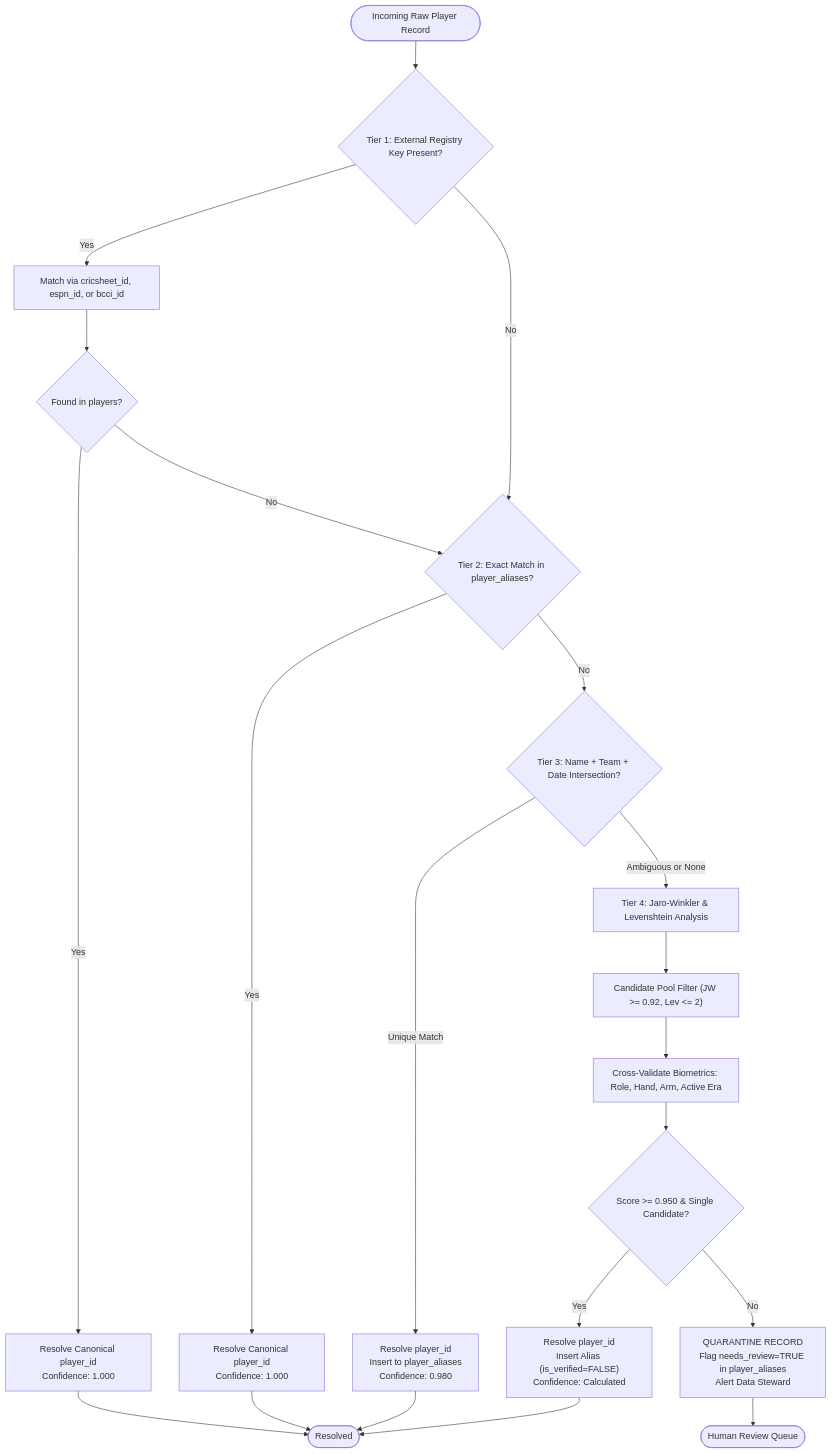
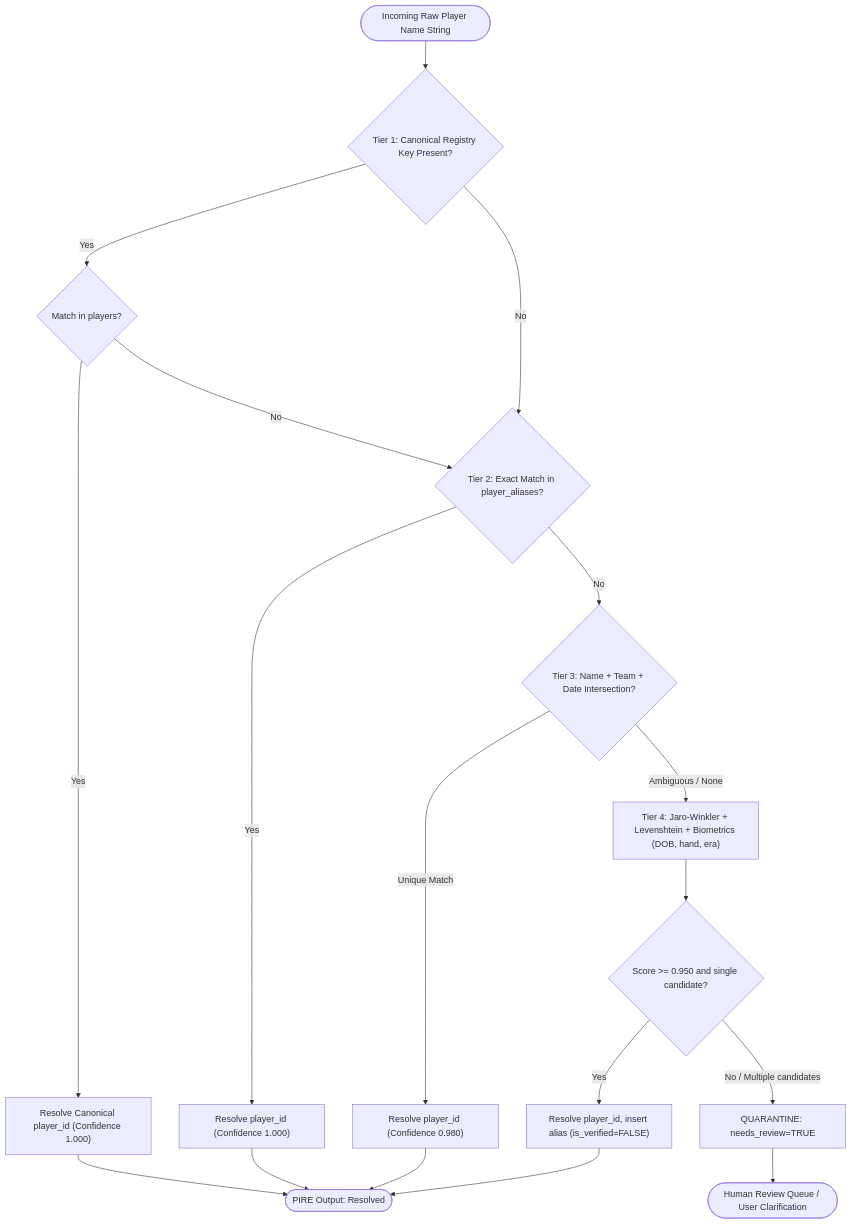
Before and after one commit to Subhadip-Paul2006/IPL_Team: the third of 10 diagrams in docs/ARCHITECTURE.md, drawn with Mermaid. The commit also changed other lines of this file and 7 other files, not shown here.

````diff
--- a/docs/ARCHITECTURE.md
+++ b/docs/ARCHITECTURE.md
@@ -286,23 +175,15 @@
 ```mermaid
 flowchart TD
-    Start(["Incoming Raw Player Record"]) --> T1_Check{"Tier 1: External Registry Key Present?"}
-    
-    T1_Check -- "Yes" --> T1_Lookup["Match via cricsheet_id, espn_id, or bcci_id"]
-    T1_Lookup --> T1_Match{"Found in players?"}
-    T1_Match -- "Yes" --> T1_Success["Resolve Canonical player_id<br/>Confidence: 1.000"] --> Done(["Resolved"])
-    T1_Match -- "No" --> T2_Check
-    T1_Check -- "No" --> T2_Check{"Tier 2: Exact Match in player_aliases?"}
-
-    T2_Check -- "Yes" --> T2_Success["Resolve Canonical player_id<br/>Confidence: 1.000"] --> Done
-    T2_Check -- "No" --> T3_Check{"Tier 3: Name + Team + Date Intersection?"}
-
-    T3_Check -- "Unique Match" --> T3_Success["Resolve player_id<br/>Insert to player_aliases<br/>Confidence: 0.980"] --> Done
-    T3_Check -- "Ambiguous or None" --> T4_Fuzzy["Tier 4: Jaro-Winkler & Levenshtein Analysis"]
-
-    T4_Fuzzy --> T4_Filter["Candidate Pool Filter (JW >= 0.92, Lev <= 2)"]
-    T4_Filter --> T4_Cross["Cross-Validate Biometrics: Role, Hand, Arm, Active Era"]
-    T4_Cross --> T4_Score{"Score >= 0.950 & Single Candidate?"}
-
-    T4_Score -- "Yes" --> T4_Success["Resolve player_id<br/>Insert Alias (is_verified=FALSE)<br/>Confidence: Calculated"] --> Done
-    T4_Score -- "No" --> T4_Quarantine["QUARANTINE RECORD<br/>Flag needs_review=TRUE in player_aliases<br/>Alert Data Steward"] --> HumanQueue(["Human Review Queue"])
+    Input(["Incoming Raw Player Name String"]) --> T1{"Tier 1: Canonical Registry Key Present?"}
+    T1 -- "Yes" --> T1Match{"Match in players?"}
+    T1Match -- "Yes" --> T1OK["Resolve Canonical player_id (Confidence 1.000)"] --> Done(["PIRE Output: Resolved"])
+    T1Match -- "No" --> T2
+    T1 -- "No" --> T2{"Tier 2: Exact Match in player_aliases?"}
+    T2 -- "Yes" --> T2OK["Resolve player_id (Confidence 1.000)"] --> Done
+    T2 -- "No" --> T3{"Tier 3: Name + Team + Date Intersection?"}
+    T3 -- "Unique Match" --> T3OK["Resolve player_id (Confidence 0.980)"] --> Done
+    T3 -- "Ambiguous / None" --> T4["Tier 4: Jaro-Winkler + Levenshtein + Biometrics (DOB, hand, era)"]
+    T4 --> T4Score{"Score >= 0.950 and single candidate?"}
+    T4Score -- "Yes" --> T4OK["Resolve player_id, insert alias (is_verified=FALSE)"] --> Done
+    T4Score -- "No / Multiple candidates" --> Quarantine["QUARANTINE: needs_review=TRUE"] --> Human(["Human Review Queue / User Clarification"])
 ```
````
